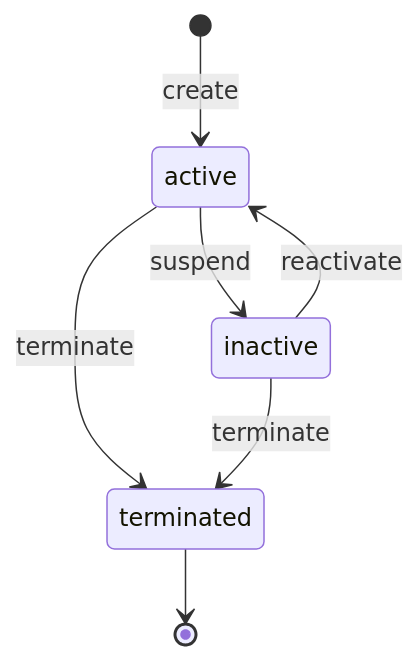
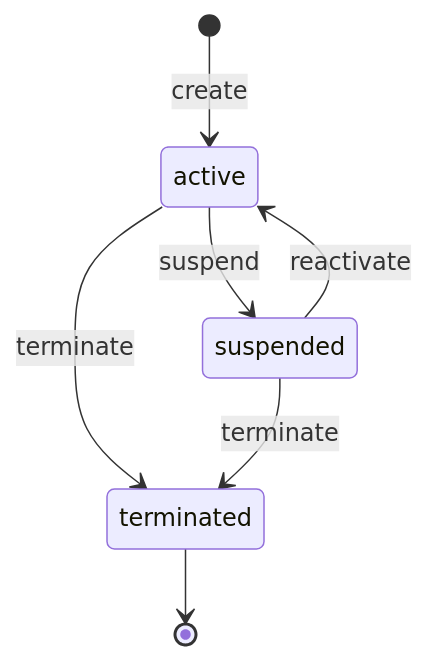
The third of 3 diagrams in docs/01-modules/CO/00-ontology/domain/work-relationship/work-relationship.onto.md (a4b-corporation/xTalent), drawn with Mermaid before and after one commit. The commit also changed other lines of this file, not shown here.

````diff
--- a/docs/01-modules/CO/00-ontology/domain/work-relationship/work-relationship.onto.md
+++ b/docs/01-modules/CO/00-ontology/domain/work-relationship/work-relationship.onto.md
@@ -249,12 +240,12 @@
 ```mermaid
 stateDiagram-v2
     [*] --> active: create
     
-    active --> inactive: suspend
-    inactive --> active: reactivate
+    active --> suspended: suspend
+    suspended --> active: reactivate
     
     active --> terminated: terminate
-    inactive --> terminated: terminate
+    suspended --> terminated: terminate
     
     terminated --> [*]
 ```
````
